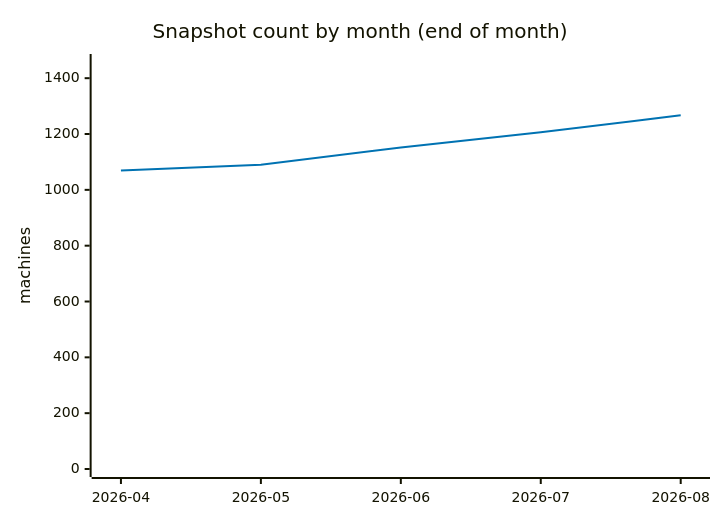
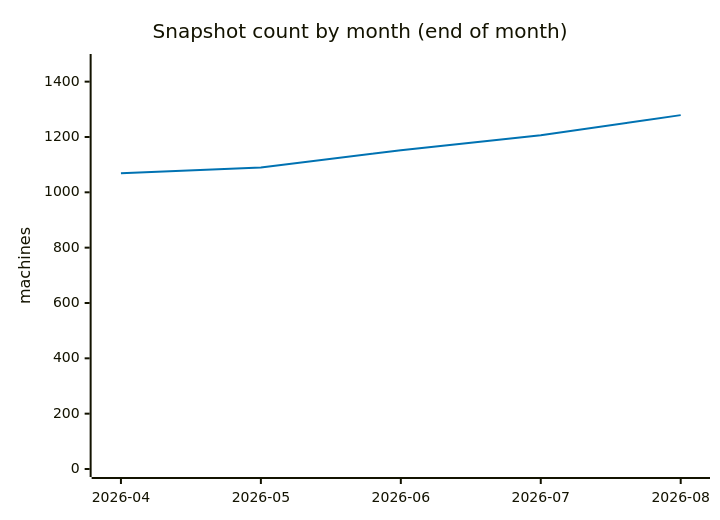
The sixth of 7 diagrams in ANALYSIS.md (cheeaun/returnright-data), drawn with Mermaid before and after one commit. The commit also changed other lines of this file and 3 other files, not shown here.

````diff
--- a/ANALYSIS.md
+++ b/ANALYSIS.md
@@ -289,13 +288,13 @@
 ```mermaid
 ---
 config:
   themeVariables:
     xyChart:
       plotColorPalette: "#0072B2"
 ---
 xychart-beta
     title "Snapshot count by month (end of month)"
     x-axis ["2026-04", "2026-05", "2026-06", "2026-07", "2026-08"]
-    y-axis "machines" 0 --> 1458
-    line [1069, 1090, 1152, 1206, 1267]
+    y-axis "machines" 0 --> 1471
+    line [1069, 1090, 1152, 1206, 1279]
 ```
````
